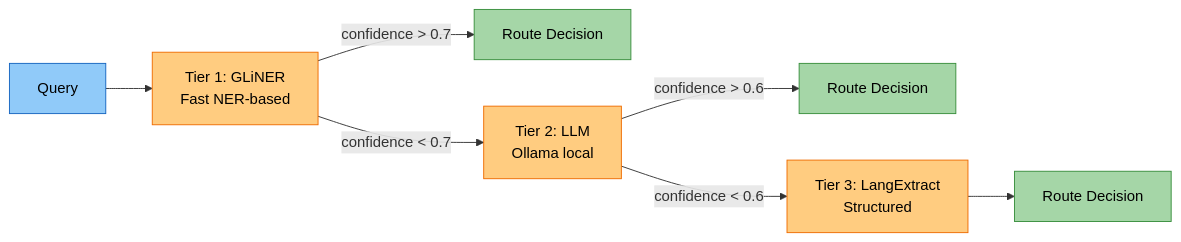
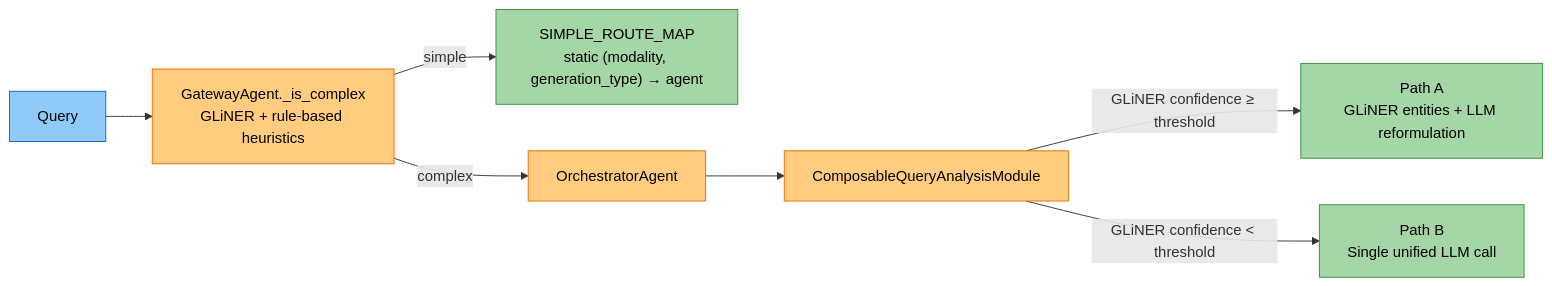
The second of 3 diagrams in docs/operations/configuration.md (amit-jain/cogniverse), drawn with Mermaid before and after one commit. The commit also changed other lines of this file and 50 other files, not shown here.

First line of the commit message:
Complete and verify docs against code with mermaid palette

````diff
--- a/docs/operations/configuration.md
+++ b/docs/operations/configuration.md
@@ -184,20 +274,19 @@
 ```mermaid
 flowchart LR
-    Query["<span style='color:#000'>Query</span>"] --> Tier1["<span style='color:#000'>Tier 1: GLiNER<br/>Fast NER-based</span>"]
+    Query["<span style='color:#000'>Query</span>"] --> Gateway["<span style='color:#000'>GatewayAgent._is_complex<br/>GLiNER + rule-based heuristics</span>"]
 
-    Tier1 -->|confidence > 0.7| Route1["<span style='color:#000'>Route Decision</span>"]
-    Tier1 -->|confidence < 0.7| Tier2["<span style='color:#000'>Tier 2: LLM<br/>Ollama local</span>"]
+    Gateway -->|simple| SimpleRoute["<span style='color:#000'>SIMPLE_ROUTE_MAP<br/>static (modality, generation_type) → agent</span>"]
+    Gateway -->|complex| Orchestrator["<span style='color:#000'>OrchestratorAgent</span>"]
 
-    Tier2 -->|confidence > 0.6| Route2["<span style='color:#000'>Route Decision</span>"]
-    Tier2 -->|confidence < 0.6| Tier3["<span style='color:#000'>Tier 3: LangExtract<br/>Structured</span>"]
-
-    Tier3 --> Route3["<span style='color:#000'>Route Decision</span>"]
+    Orchestrator --> Composable["<span style='color:#000'>ComposableQueryAnalysisModule</span>"]
+    Composable -->|GLiNER confidence ≥ threshold| PathA["<span style='color:#000'>Path A<br/>GLiNER entities + LLM reformulation</span>"]
+    Composable -->|GLiNER confidence < threshold| PathB["<span style='color:#000'>Path B<br/>Single unified LLM call</span>"]
 
     style Query fill:#90caf9,stroke:#1565c0,color:#000
-    style Tier1 fill:#ffcc80,stroke:#ef6c00,color:#000
-    style Tier2 fill:#ffcc80,stroke:#ef6c00,color:#000
-    style Tier3 fill:#ffcc80,stroke:#ef6c00,color:#000
-    style Route1 fill:#a5d6a7,stroke:#388e3c,color:#000
-    style Route2 fill:#a5d6a7,stroke:#388e3c,color:#000
-    style Route3 fill:#a5d6a7,stroke:#388e3c,color:#000
+    style Gateway fill:#ffcc80,stroke:#ef6c00,color:#000
+    style Orchestrator fill:#ffcc80,stroke:#ef6c00,color:#000
+    style Composable fill:#ffcc80,stroke:#ef6c00,color:#000
+    style SimpleRoute fill:#a5d6a7,stroke:#388e3c,color:#000
+    style PathA fill:#a5d6a7,stroke:#388e3c,color:#000
+    style PathB fill:#a5d6a7,stroke:#388e3c,color:#000
 ```
````
